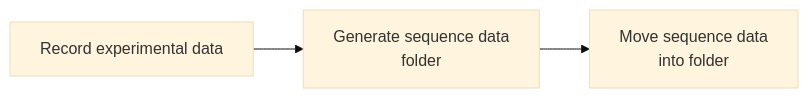
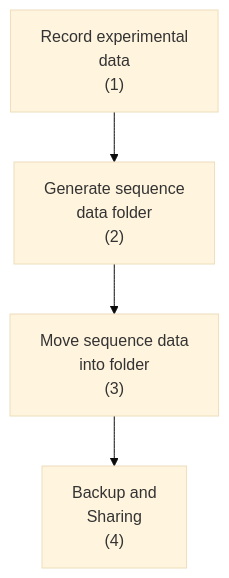
Before and after one commit to nomads-community/warehouse: the first of 4 diagrams in README.md, drawn with Mermaid (base theme). The commit also changed other lines of this file, not shown here.

````diff
--- a/README.md
+++ b/README.md
@@ -10,8 +10,15 @@
 ```mermaid
   
-flowchart LR
-    A[Record experimental data] --> B[Generate sequence data
-folder];
-    B--> C[Move sequence data
-into folder];
+flowchart TD
+    A["Record experimental 
+    data
+    (1)"] --> B["Generate sequence 
+data folder
+(2)"];
+    B--> C["Move sequence data
+into folder
+(3)"];
+    C--> D["Backup and 
+    Sharing
+    (4)"]
 ```
````
